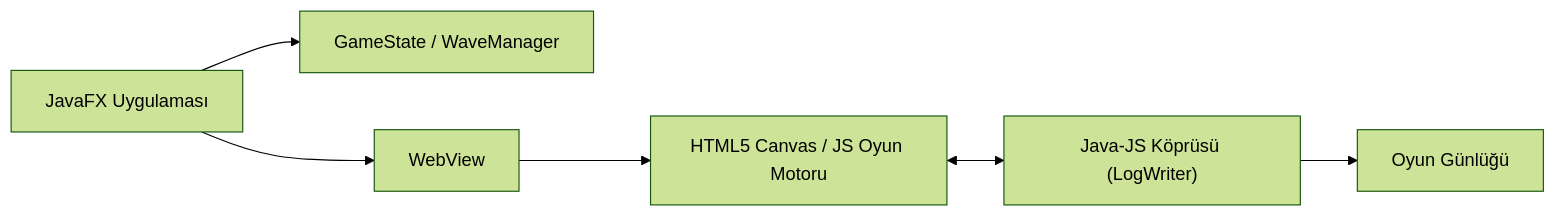
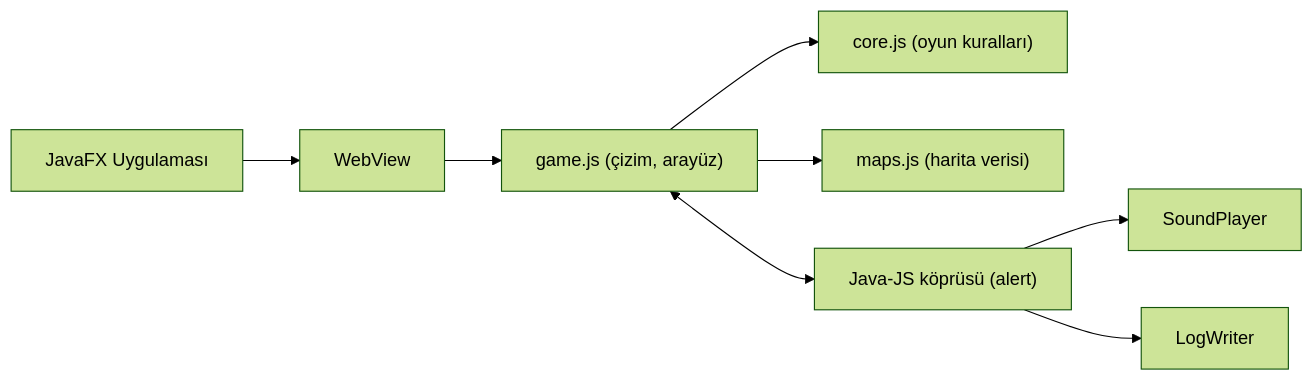
The diagram in README.md (CaptainGM/su-alti-savunma-fx), drawn with Mermaid (forest theme) before and after one commit. The commit also changed other lines of this file and 2 other files, not shown here.

````diff
--- a/README.md
+++ b/README.md
@@ -20,8 +35,10 @@
 ```mermaid
 flowchart LR
-    APP[JavaFX Uygulaması] --> GS["GameState / WaveManager"]
-    APP --> WV[WebView]
-    WV --> JS["HTML5 Canvas / JS Oyun Motoru"]
-    JS <--> BR["Java-JS Köprüsü (LogWriter)"]
-    BR --> LOG[Oyun Günlüğü]
+    APP[JavaFX Uygulaması] --> WV[WebView]
+    WV --> UI["game.js (çizim, arayüz)"]
+    UI --> CORE["core.js (oyun kuralları)"]
+    UI --> MAPS["maps.js (harita verisi)"]
+    UI <--> BR["Java-JS köprüsü (alert)"]
+    BR --> SND[SoundPlayer]
+    BR --> LOG[LogWriter]
 ```
````
